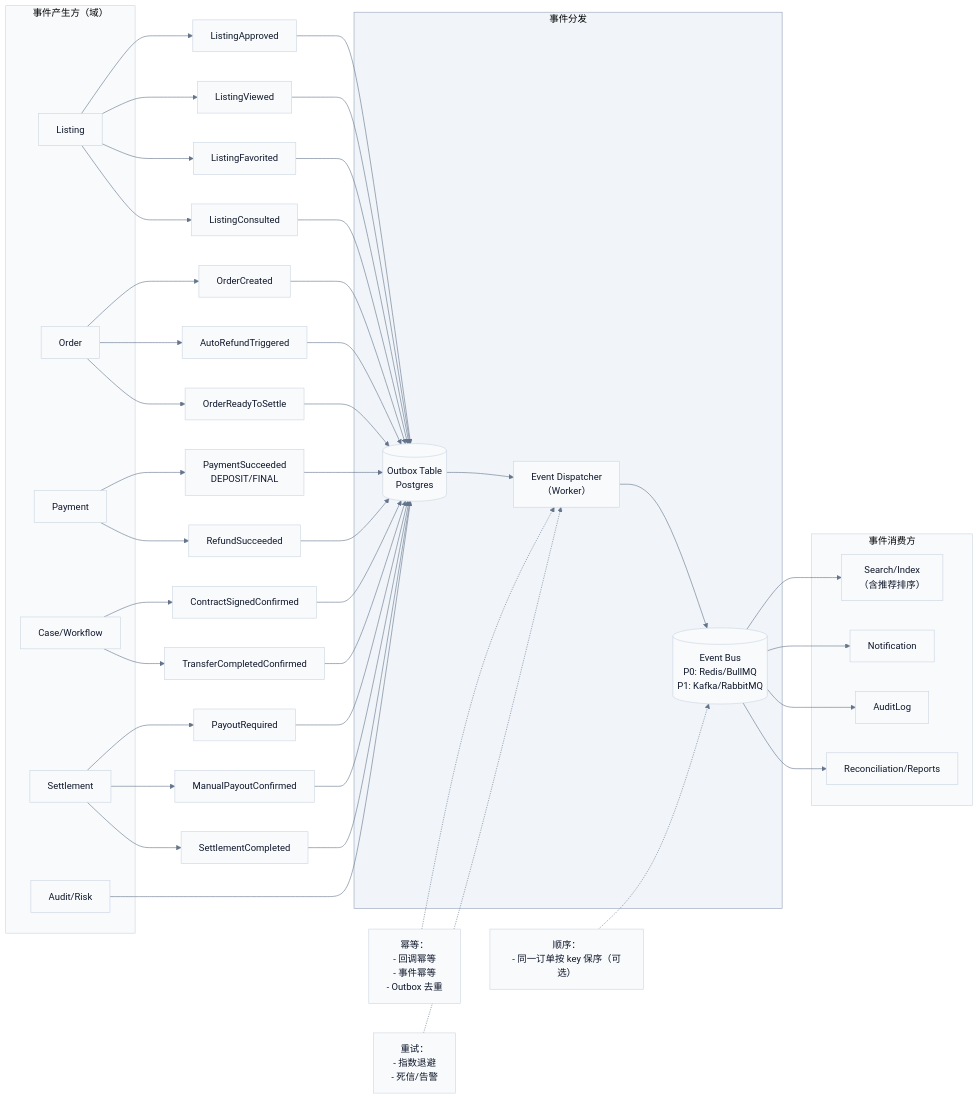
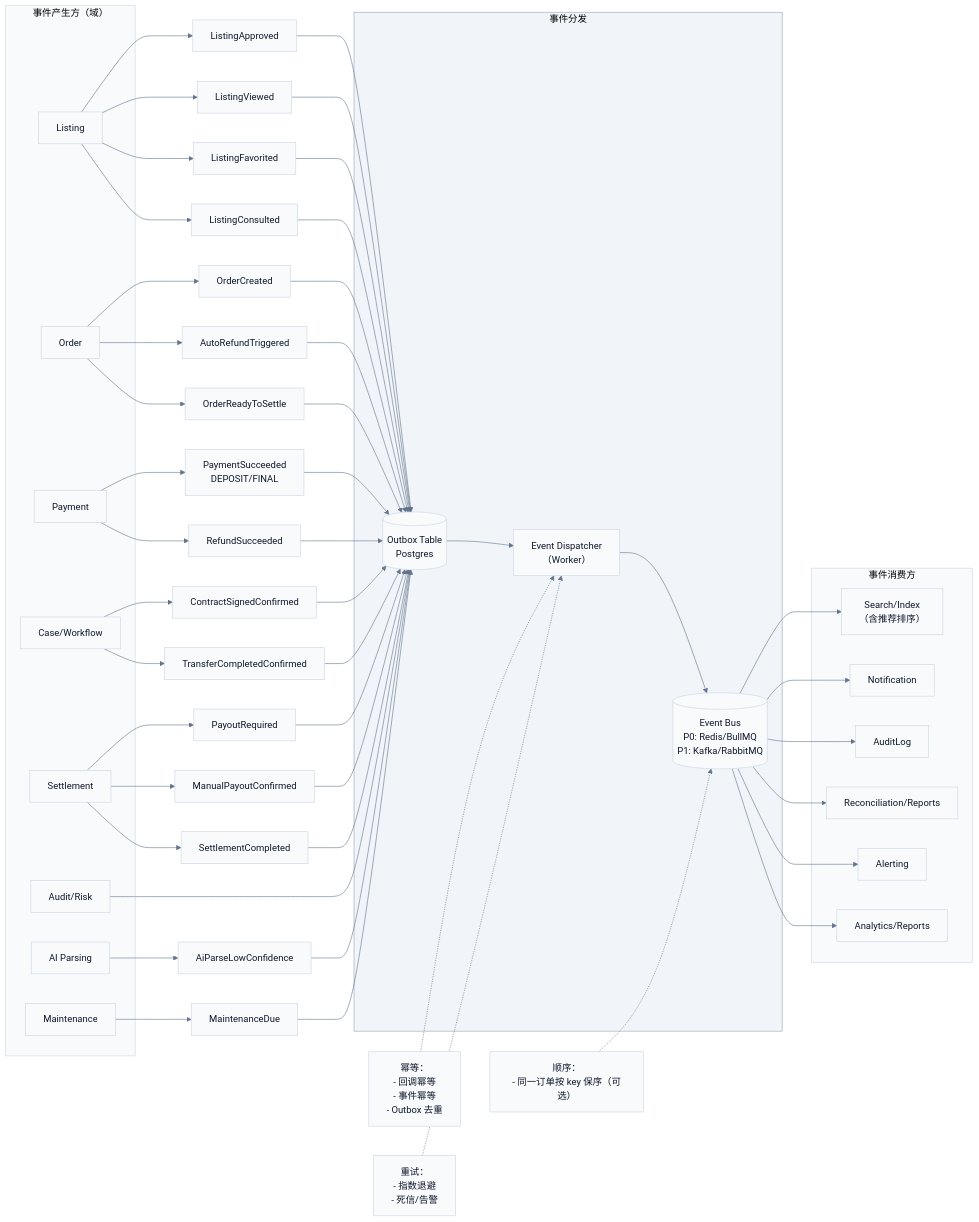
Before and after one commit to Ming-1984/Ipmoney: the diagram in docs/demo/diagrams/event-model.mmd, drawn with Mermaid. The commit also changed 54 other files, not shown here.

Commit message:
Add SVG diagram for Alert Center flowchart

```diff
--- a/docs/demo/diagrams/event-model.mmd
+++ b/docs/demo/diagrams/event-model.mmd
@@ -1,80 +1,90 @@
 %%{init: {'theme':'base','themeVariables': {'fontFamily': 'Inter, Microsoft YaHei, sans-serif','lineColor':'#64748B','primaryTextColor':'#0F172A','primaryBorderColor':'#CBD5E1','primaryColor':'#F8FAFC'}}}%%
 flowchart LR
   %% 事件模型（P0 可用 Outbox+Worker/Redis 队列实现；P1 可上 Kafka/RabbitMQ）
 
   subgraph Producers["事件产生方（域）"]
     Listing[Listing]
     Order[Order]
     Payment[Payment]
     Case[Case/Workflow]
     Settlement[Settlement]
     Risk[Audit/Risk]
+    AiParse[AI Parsing]
+    Maintenance[Maintenance]
   end
 
   subgraph Bus["事件分发"]
     Outbox[(Outbox Table<br/>Postgres)]
     Dispatcher[Event Dispatcher<br/>（Worker）]
     EventBus[(Event Bus<br/>P0: Redis/BullMQ<br/>P1: Kafka/RabbitMQ)]
   end
 
   subgraph Consumers["事件消费方"]
     Search[Search/Index<br/>（含推荐排序）]
     Notif[Notification]
     AuditLog[AuditLog]
     Reconcile[Reconciliation/Reports]
+    Alerting[Alerting]
+    Analytics[Analytics/Reports]
   end
 
   %% === Domain Events（示例）===
   E1[ListingApproved]
   E2[OrderCreated]
   E3[PaymentSucceeded<br/>DEPOSIT/FINAL]
   E4[AutoRefundTriggered]
   E5[RefundSucceeded]
   E6[ContractSignedConfirmed]
   E7[TransferCompletedConfirmed]
   E8[OrderReadyToSettle]
   E9[PayoutRequired]
   E10[ManualPayoutConfirmed]
   E11[SettlementCompleted]
   E12[ListingViewed]
   E13[ListingFavorited]
   E14[ListingConsulted]
+  E15[MaintenanceDue]
+  E16[AiParseLowConfidence]
 
   %% === Produce -> Outbox ===
   Listing --> E1 --> Outbox
   Order --> E2 --> Outbox
   Payment --> E3 --> Outbox
   Payment --> E5 --> Outbox
   Order --> E4 --> Outbox
   Case --> E6 --> Outbox
   Case --> E7 --> Outbox
   Order --> E8 --> Outbox
   Settlement --> E9 --> Outbox
   Settlement --> E10 --> Outbox
   Settlement --> E11 --> Outbox
   Listing --> E12 --> Outbox
   Listing --> E13 --> Outbox
   Listing --> E14 --> Outbox
+  Maintenance --> E15 --> Outbox
+  AiParse --> E16 --> Outbox
   Risk --> Outbox
 
   %% === Dispatch ===
   Outbox --> Dispatcher --> EventBus
 
   %% === Consume ===
   EventBus --> Search
   EventBus --> Notif
   EventBus --> AuditLog
   EventBus --> Reconcile
+  EventBus --> Alerting
+  EventBus --> Analytics
 
   %% === 关键工程约束（提示）===
   CIdem["幂等：\n- 回调幂等\n- 事件幂等\n- Outbox 去重"]
   CRetry["重试：\n- 指数退避\n- 死信/告警"]
   COrder["顺序：\n- 同一订单按 key 保序（可选）"]
   CIdem -.-> Dispatcher
   CRetry -.-> Dispatcher
   COrder -.-> EventBus
 
   %% 样式
   style Producers fill:#F8FAFC,stroke:#CBD5E1,stroke-width:1px;
   style Bus fill:#F1F5F9,stroke:#94A3B8,stroke-width:1px;
   style Consumers fill:#F8FAFC,stroke:#CBD5E1,stroke-width:1px;
```
